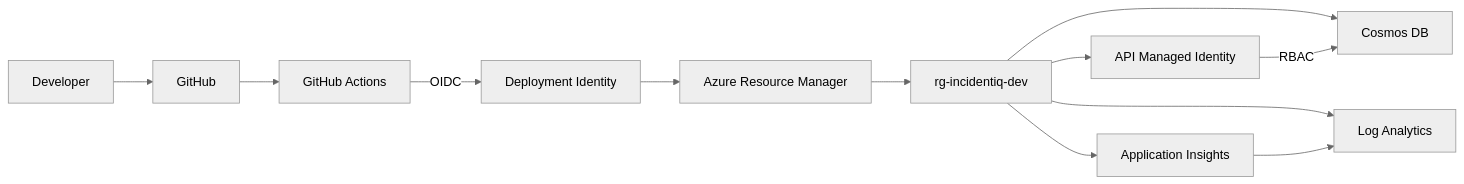
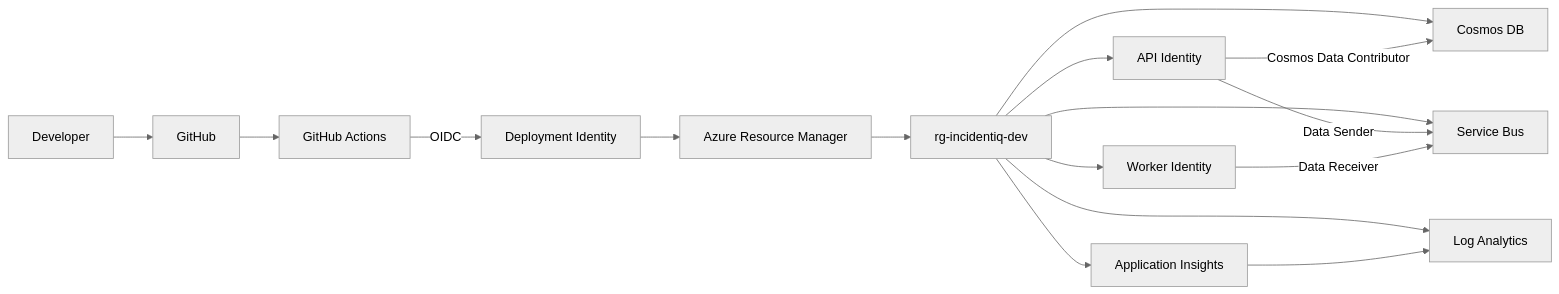
The fifth of 5 diagrams in infra/ReadMe.md (danielmusselwhite/IncidentIQ), drawn with Mermaid (neutral theme) before and after one commit. The commit also changed other lines of this file and 31 other files, not shown here.

````diff
--- a/infra/ReadMe.md
+++ b/infra/ReadMe.md
@@ -473,17 +606,22 @@
 ```mermaid
 flowchart LR
     DEV[Developer] --> GH[GitHub]
     GH --> ACTIONS[GitHub Actions]
+
     ACTIONS -->|OIDC| DEPLOYID[Deployment Identity]
     DEPLOYID --> ARM[Azure Resource Manager]
-
     ARM --> RG[rg-incidentiq-dev]
 
     RG --> COSMOS[Cosmos DB]
-    RG --> APIID[API Managed Identity]
+    RG --> SB[Service Bus]
+    RG --> APIID[API Identity]
+    RG --> WORKERID[Worker Identity]
     RG --> APPI[Application Insights]
     RG --> LOG[Log Analytics]
 
-    APIID -->|RBAC| COSMOS
+    APIID -->|Cosmos Data Contributor| COSMOS
+    APIID -->|Data Sender| SB
+    WORKERID -->|Data Receiver| SB
+
     APPI --> LOG
 ```
````
